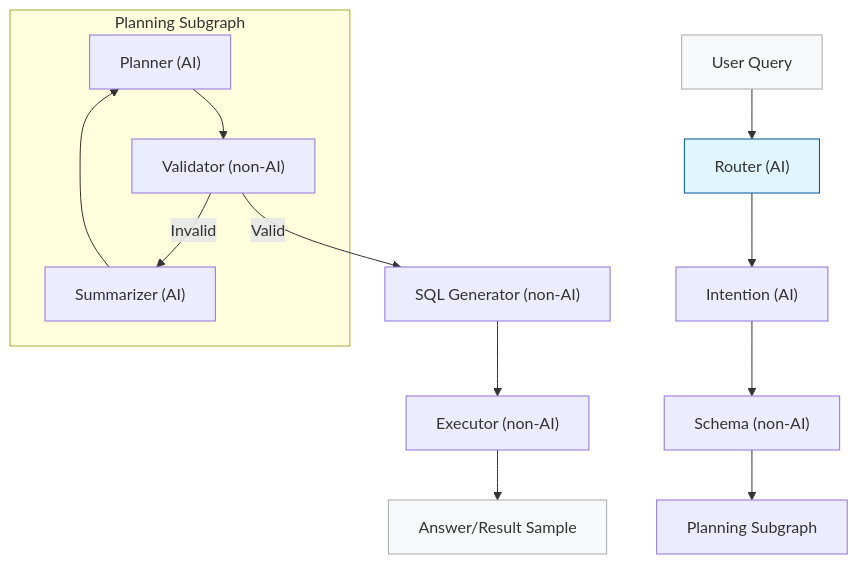
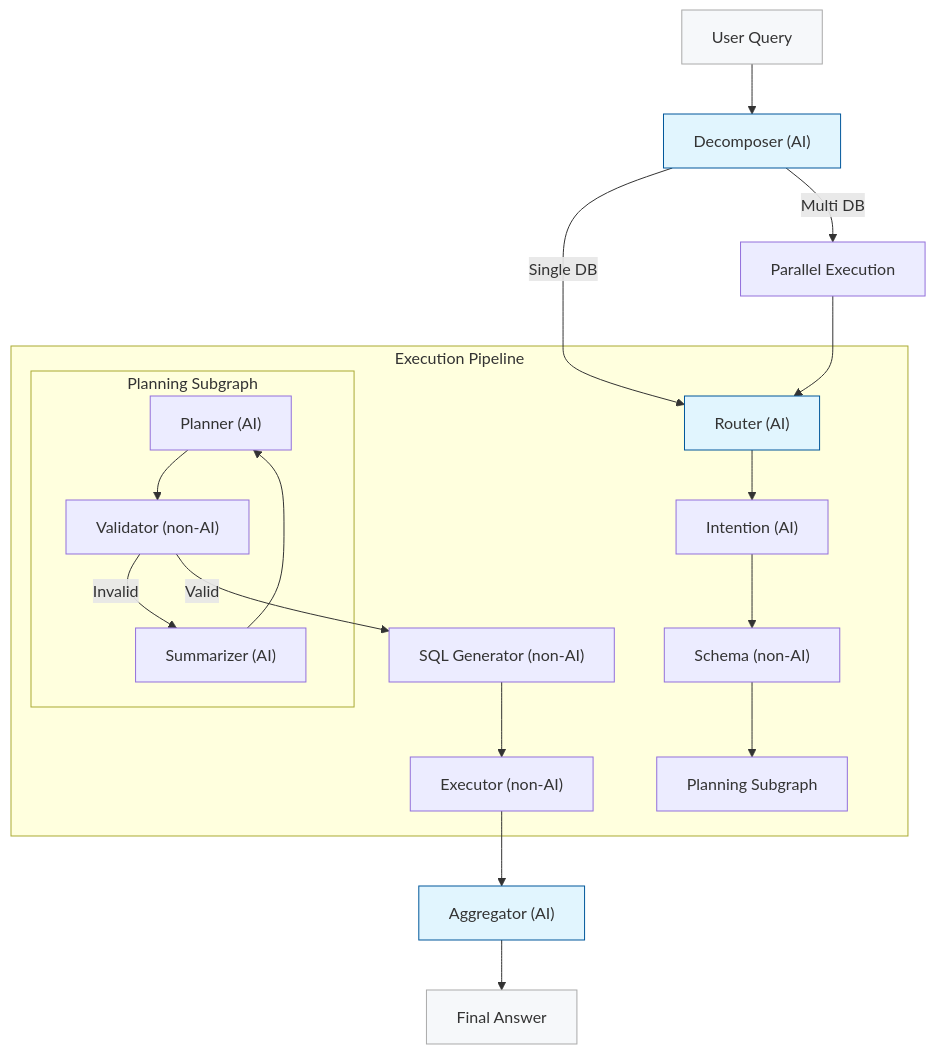
The diagram in README.md (nadeem4/nl2sql), drawn with Mermaid before and after one commit. The commit also changed other lines of this file and 23 other files, not shown here.

Commit message:
feat: Implement initial NL2SQL pipeline using LangGraph with specialized nodes, subgraphs, and core utilities.

````diff
--- a/README.md
+++ b/README.md
@@ -197,21 +208,31 @@
 ```mermaid
 flowchart TD
-  user["User Query"] --> router["Router (AI)"]
-  router --> intent["Intention (AI)"]
-  intent --> schema["Schema (non-AI)"]
-  schema --> planning["Planning Subgraph"]
+  user["User Query"] --> decomposer["Decomposer (AI)"]
+  decomposer -- Single DB --> router["Router (AI)"]
+  decomposer -- Multi DB --> split["Parallel Execution"]
   
-  subgraph Planning Subgraph
-    planner["Planner (AI)"] --> validator["Validator (non-AI)"]
-    validator -- Invalid --> summarizer["Summarizer (AI)"]
-    summarizer --> planner
+  subgraph Execution Pipeline
+    router --> intent["Intention (AI)"]
+    intent --> schema["Schema (non-AI)"]
+    schema --> planning["Planning Subgraph"]
+    
+    subgraph Planning Subgraph
+      planner["Planner (AI)"] --> validator["Validator (non-AI)"]
+      validator -- Invalid --> summarizer["Summarizer (AI)"]
+      summarizer --> planner
+    end
+    
+    validator -- Valid --> generator["SQL Generator (non-AI)"]
+    generator --> executor["Executor (non-AI)"]
   end
   
-  validator -- Valid --> generator["SQL Generator (non-AI)"]
-  generator --> executor["Executor (non-AI)"]
-  executor --> answer["Answer/Result Sample"]
+  split --> router
+  executor --> aggregator["Aggregator (AI)"]
+  aggregator --> answer["Final Answer"]
   
   style user fill:#f6f8fa,stroke:#aaa
+  style decomposer fill:#e1f5fe,stroke:#01579b
   style router fill:#e1f5fe,stroke:#01579b
+  style aggregator fill:#e1f5fe,stroke:#01579b
   style answer fill:#f6f8fa,stroke:#aaa
 ```
````
